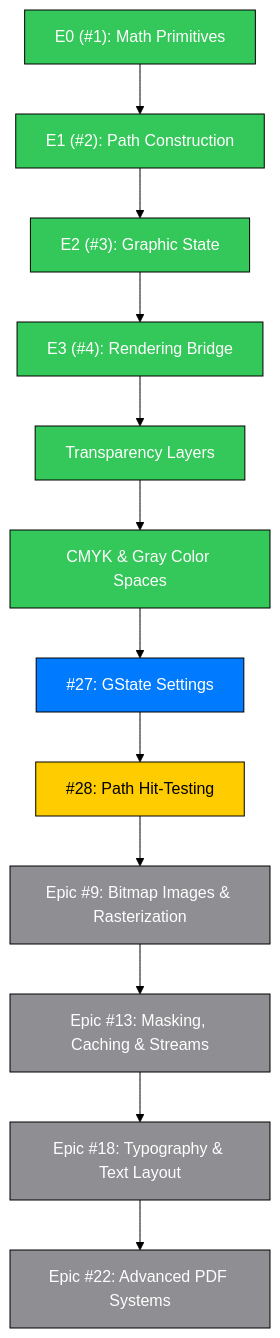
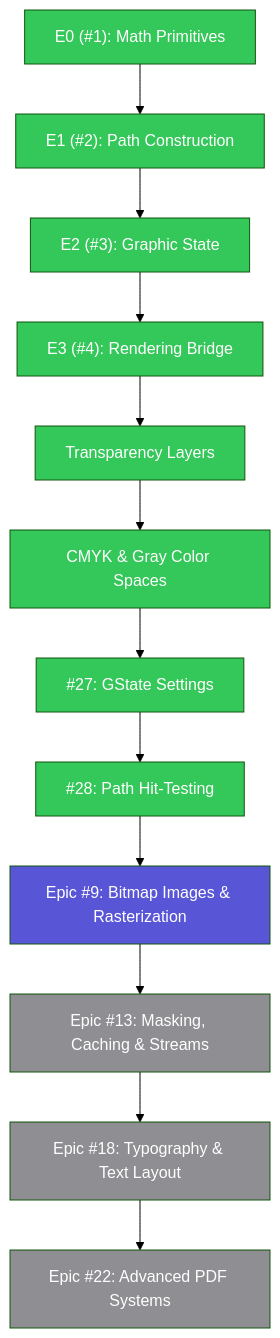
The first of 2 diagrams in docs/prioritized_roadmap.md (SlayerMotion/PureDraw), drawn with Mermaid (forest theme) before and after one commit. The commit also changed other lines of this file and 11 other files, not shown here.

First line of the commit message:
feat: implement graphics state properties and path containment checks

````diff
--- a/docs/prioritized_roadmap.md
+++ b/docs/prioritized_roadmap.md
@@ -10,22 +10,22 @@
 ```mermaid
 flowchart TB
-    classDef done fill:#34C759,stroke:#000,color:#fff
-    classDef active fill:#007AFF,stroke:#000,color:#fff
-    classDef next fill:#FFCC00,stroke:#000,color:#000
-    classDef review fill:#30B0C7,stroke:#000,color:#fff
-    classDef partial fill:#FF9500,stroke:#000,color:#fff
-    classDef todo fill:#8E8E93,stroke:#000,color:#fff
+    classDef done    fill:#34C759,color:#FFFFFF
+    classDef active  fill:#007AFF,color:#FFFFFF
+    classDef review  fill:#30B0C7,color:#FFFFFF
+    classDef next    fill:#5856D6,color:#FFFFFF
+    classDef partial fill:#FF9500,color:#FFFFFF
+    classDef todo    fill:#8E8E93,color:#FFFFFF
 
-    E0["E0 (#1): Math Primitives"]:::done --> E1["E1 (#2): Path Construction"]:::done --> E2["E2 (#3): Graphic State"]:::done --> E3["E3 (#4): Rendering Bridge"]:::done --> TL["Transparency Layers"]:::done --> CS["CMYK & Gray Color Spaces"]:::done --> P1_1["#27: GState Settings"]:::active --> P1_2["#28: Path Hit-Testing"]:::next --> Epic9["Epic #9: Bitmap Images & Rasterization"]:::todo --> Epic13["Epic #13: Masking, Caching & Streams"]:::todo --> Epic18["Epic #18: Typography & Text Layout"]:::todo --> Epic22["Epic #22: Advanced PDF Systems"]:::todo
+    E0["E0 (#1): Math Primitives"]:::done --> E1["E1 (#2): Path Construction"]:::done --> E2["E2 (#3): Graphic State"]:::done --> E3["E3 (#4): Rendering Bridge"]:::done --> TL["Transparency Layers"]:::done --> CS["CMYK & Gray Color Spaces"]:::done --> P1_1["#27: GState Settings"]:::done --> P1_2["#28: Path Hit-Testing"]:::done --> Epic9["Epic #9: Bitmap Images & Rasterization"]:::next --> Epic13["Epic #13: Masking, Caching & Streams"]:::todo --> Epic18["Epic #18: Typography & Text Layout"]:::todo --> Epic22["Epic #22: Advanced PDF Systems"]:::todo
 
     click E0 href "https://github.com/mihaelamj/PureDraw/issues/1" "E0"
     click E1 href "https://github.com/mihaelamj/PureDraw/issues/2" "E1"
     click E2 href "https://github.com/mihaelamj/PureDraw/issues/3" "E2"
     click E3 href "https://github.com/mihaelamj/PureDraw/issues/4" "E3"
     click P1_1 href "https://github.com/mihaelamj/PureDraw/issues/27" "Issue #27"
     click P1_2 href "https://github.com/mihaelamj/PureDraw/issues/28" "Issue #28"
     click Epic9 href "https://github.com/mihaelamj/PureDraw/issues/9" "Epic #9"
     click Epic13 href "https://github.com/mihaelamj/PureDraw/issues/13" "Epic #13"
     click Epic18 href "https://github.com/mihaelamj/PureDraw/issues/18" "Epic #18"
     click Epic22 href "https://github.com/mihaelamj/PureDraw/issues/22" "Epic #22"
 ```
````
